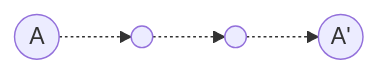
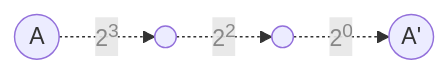
The third of 6 diagrams in public/post/lca.md (CHOYUNSIG/algorithm_with_bojtag), drawn with Mermaid before and after one commit. The commit also changed other lines of this file and 14 other files, not shown here.

```diff
--- a/public/post/lca.md
+++ b/public/post/lca.md
@@ -73,12 +70,12 @@
 <pre class="mermaid">
     graph LR
 
-    A -. <span class="mathjax mj1"></span> .-> node1
-    node1 -. <span class="mathjax mj2"></span> .-> node2
-    node2 -. <span class="mathjax mj3"></span> .-> Ap
+    A -. <p style="color: #888">2<sup>3</sup></p> .-> node1
+    node1 -. <p style="color: #888">2<sup>2</sup></p> .-> node2
+    node2 -. <p style="color: #888">2<sup>0</sup></p> .-> Ap
 
     A(("<span style="display: inline-block; width: 1em">A</span>"))
     Ap(("<span style="display: inline-block; width: 1em">A'</span>"))
     node1(( ))
     node2(( ))
 </pre>
```
